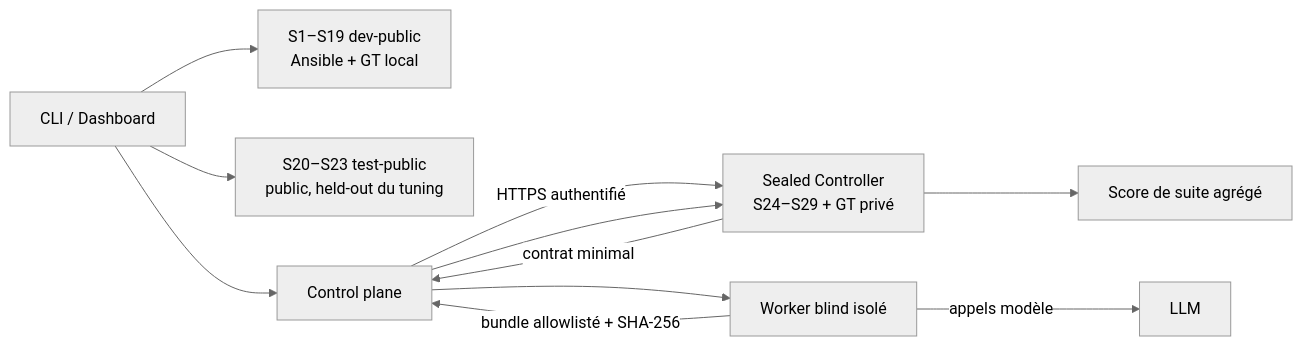
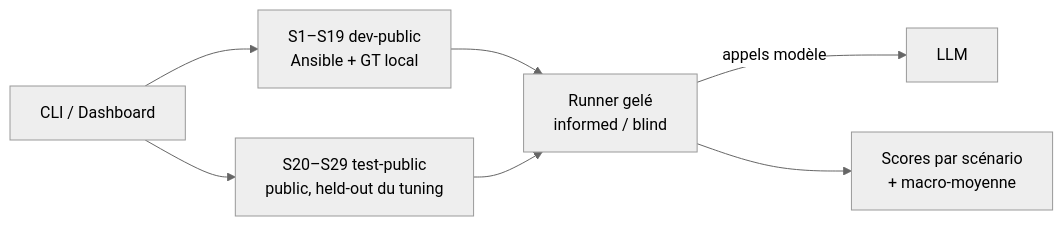
One commit to Tanguyvans/LANCE changed the diagram in benchmarks/README.md. Above: the diagram before and after it, drawn with Mermaid (neutral theme). The commit also changed other lines of this file and 51 other files, not shown here.

Commit message:
Add public held-out scenarios S24-S29

````diff
--- a/benchmarks/README.md
+++ b/benchmarks/README.md
@@ -15,22 +14,16 @@
 ```mermaid
 flowchart LR
     USER["CLI / Dashboard"]
     DEV["S1–S19 dev-public<br/>Ansible + GT local"]
-    TEST["S20–S23 test-public<br/>public, held-out du tuning"]
-    CONTROL["Control plane"]
-    SEALED["Sealed Controller<br/>S24–S29 + GT privé"]
-    WORKER["Worker blind isolé"]
-    SCORE["Score de suite agrégé"]
+    TEST["S20–S29 test-public<br/>public, held-out du tuning"]
+    RUNNER["Runner gelé<br/>informed / blind"]
+    SCORE["Scores par scénario<br/>+ macro-moyenne"]
     LLM["LLM"]
 
     USER --> DEV
     USER --> TEST
-    USER --> CONTROL
-    CONTROL -->|HTTPS authentifié| SEALED
-    SEALED -->|contrat minimal| CONTROL
-    CONTROL --> WORKER
-    WORKER -->|appels modèle| LLM
-    WORKER -->|bundle allowlisté + SHA-256| CONTROL
-    CONTROL --> SEALED
-    SEALED --> SCORE
+    DEV --> RUNNER
+    TEST --> RUNNER
+    RUNNER -->|appels modèle| LLM
+    RUNNER --> SCORE
 ```
````
